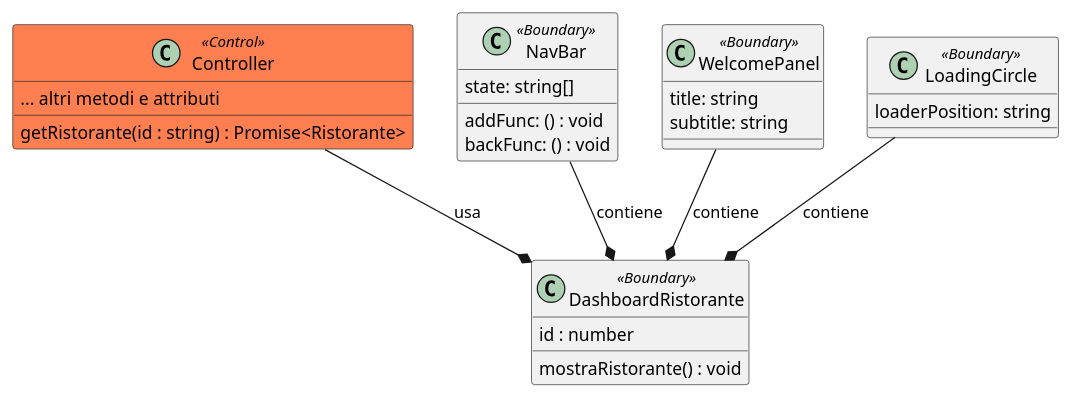
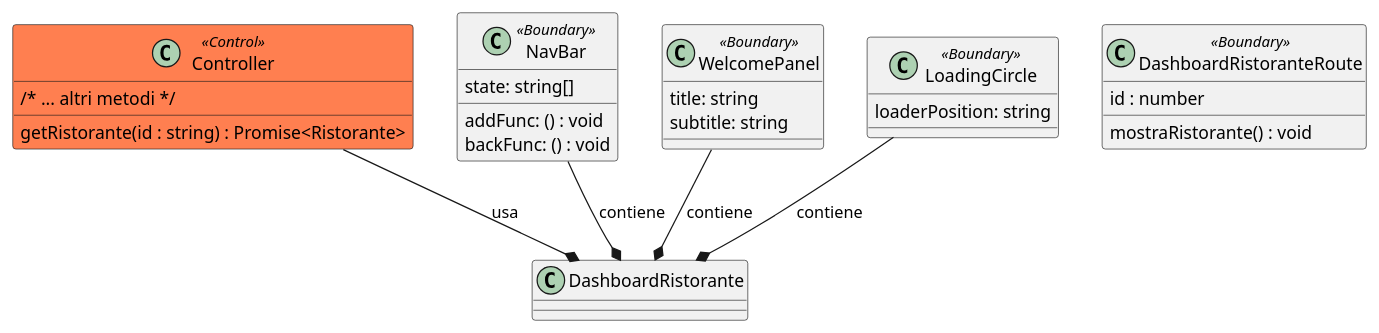
Before and after one commit to macro21KGB/Esame-INGSW-22-23: the diagram in diagrams/PUML/routes/DashboardRistorante.puml, drawn with PlantUML. The commit also changed 9 other files, not shown here.

```diff
--- a/diagrams/PUML/routes/DashboardRistorante.puml
+++ b/diagrams/PUML/routes/DashboardRistorante.puml
@@ -1,42 +1,42 @@
 @startuml
 
 
 class Controller <<Control>> #coral{
-... altri metodi e attributi
+/* ... altri metodi */
 getRistorante(id : string) : Promise<Ristorante>
 }
 
-class DashboardRistorante <<Boundary>> {
+class DashboardRistoranteRoute <<Boundary>> {
 id : number
 mostraRistorante() : void
 }
 
 
 class NavBar <<Boundary>> {
 
 	addFunc: () : void
 	backFunc: () : void
 	state: string[]
 }
 
 class WelcomePanel <<Boundary>> {
 
     title: string
     subtitle: string
 
 }
 
 class LoadingCircle <<Boundary>> {
 
 	loaderPosition: string
 
 }
 
 
 
 WelcomePanel--* DashboardRistorante: contiene
 NavBar --* DashboardRistorante: contiene
 LoadingCircle --* DashboardRistorante: contiene
 
 Controller --* DashboardRistorante: usa
 @enduml
```
